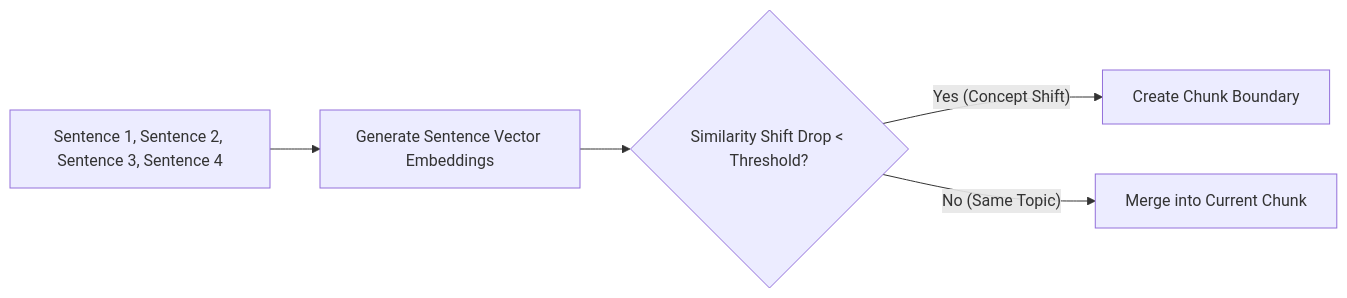
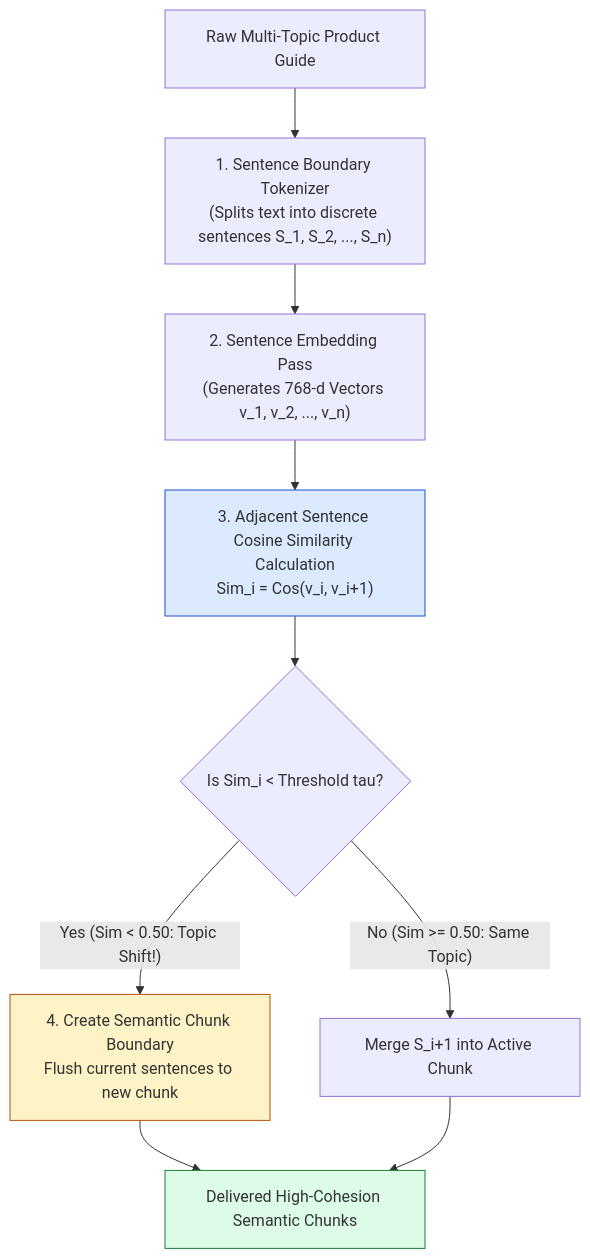
The first of 3 diagrams in agentic-ai-notes/02-dukaan-search/06-semantic-chunking.md (Amie-dev/engineering-playbook), drawn with Mermaid before and after one commit. The commit also changed other lines of this file and 10 other files, not shown here.

````diff
--- a/agentic-ai-notes/02-dukaan-search/06-semantic-chunking.md
+++ b/agentic-ai-notes/02-dukaan-search/06-semantic-chunking.md
@@ -10,7 +13,21 @@
 ```mermaid
-flowchart LR
-    Sentences[Sentence 1, Sentence 2, Sentence 3, Sentence 4] --> Embeddings[Generate Sentence Vector Embeddings]
-    Embeddings --> DistanceShift{"Similarity Shift Drop < Threshold?"}
-    DistanceShift -- "Yes (Concept Shift)" --> Split[Create Chunk Boundary]
-    DistanceShift -- "No (Same Topic)" --> Merge[Merge into Current Chunk]
+flowchart TD
+    RawDoc[Raw Multi-Topic Product Guide] --> SentenceSplit["1. Sentence Boundary Tokenizer<br/>(Splits text into discrete sentences S_1, S_2, ..., S_n)"]
+
+    SentenceSplit --> SentenceEmbedder["2. Sentence Embedding Pass<br/>(Generates 768-d Vectors v_1, v_2, ..., v_n)"]
+
+    SentenceEmbedder --> SimCalculator["3. Adjacent Sentence Cosine Similarity Calculation<br/>Sim_i = Cos(v_i, v_i+1)"]
+
+    SimCalculator --> ThresholdCheck{Is Sim_i < Threshold tau?}
+
+    ThresholdCheck -- "Yes (Sim < 0.50: Topic Shift!)" --> SplitBoundary["4. Create Semantic Chunk Boundary<br/>Flush current sentences to new chunk"]
+
+    ThresholdCheck -- "No (Sim >= 0.50: Same Topic)" --> MergeSentence["Merge S_i+1 into Active Chunk"]
+
+    SplitBoundary --> FinalChunks[Delivered High-Cohesion Semantic Chunks]
+    MergeSentence --> FinalChunks
+
+    style SimCalculator fill:#dbeafe,stroke:#1d4ed8
+    style SplitBoundary fill:#fef3c7,stroke:#b45309
+    style FinalChunks fill:#dcfce7,stroke:#15803d
 ```
````
